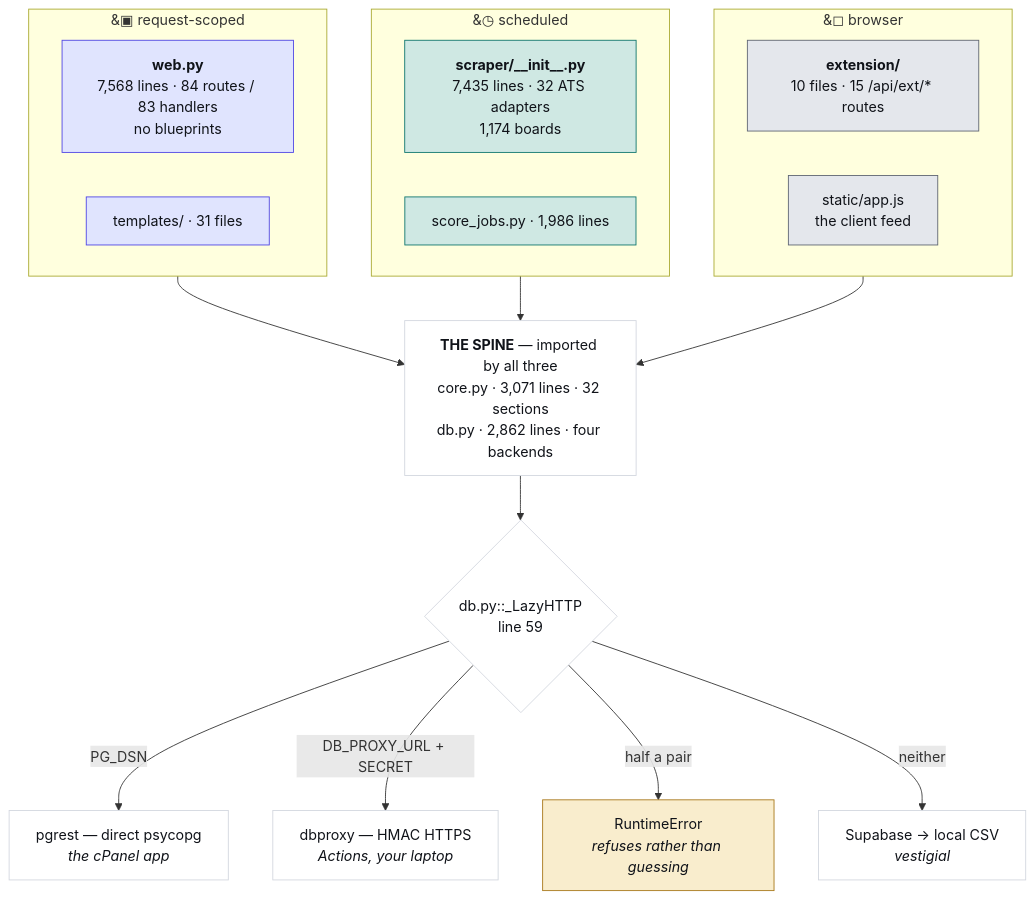
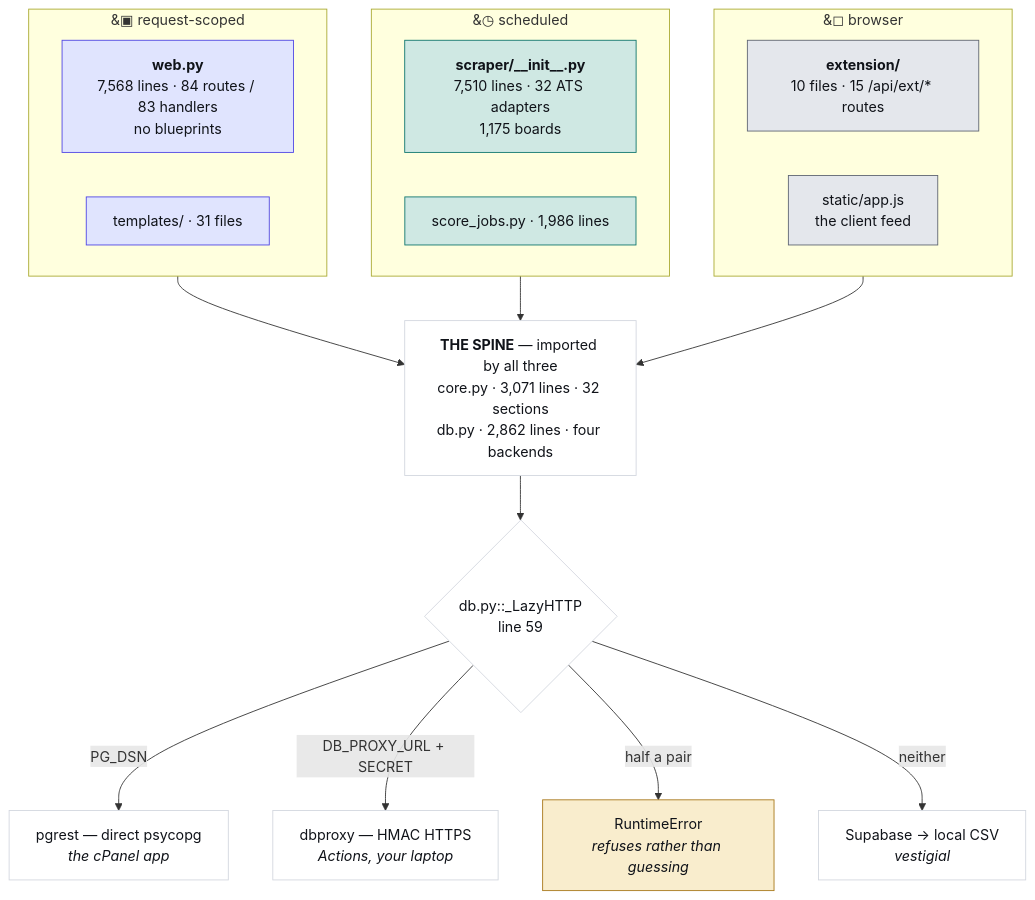
The first of 4 diagrams in JobMatch Scraper/docs/ARCHITECTURE.md (hadakunal909-debug/job-search-tool), drawn with Mermaid before and after one commit. The commit also changed other lines of this file and 6 other files, not shown here.

````diff
--- a/JobMatch Scraper/docs/ARCHITECTURE.md
+++ b/JobMatch Scraper/docs/ARCHITECTURE.md
@@ -45,34 +45,34 @@
 ```mermaid
 flowchart TB
   subgraph REQ["&#9635; request-scoped"]
     W["<b>web.py</b><br/>7,568 lines · 84 routes / 83 handlers<br/>no blueprints"]
     T["templates/ · 31 files"]
   end
   subgraph SCH["&#9719; scheduled"]
-    S["<b>scraper/__init__.py</b><br/>7,435 lines · 32 ATS adapters<br/>1,174 boards"]
+    S["<b>scraper/__init__.py</b><br/>7,510 lines · 32 ATS adapters<br/>1,175 boards"]
     J["score_jobs.py · 1,986 lines"]
   end
   subgraph CLI["&#9723; browser"]
     E["<b>extension/</b><br/>10 files · 15 /api/ext/* routes"]
     A["static/app.js<br/>the client feed"]
   end
   SPINE["<b>THE SPINE</b> — imported by all three<br/>core.py · 3,071 lines · 32 sections<br/>db.py · 2,862 lines · four backends"]
   REQ --> SPINE
   SCH --> SPINE
   CLI --> SPINE
   SPINE --> D{"db.py::_LazyHTTP<br/>line 59"}
   D -->|"PG_DSN"| P["pgrest — direct psycopg<br/><i>the cPanel app</i>"]
   D -->|"DB_PROXY_URL + SECRET"| X["dbproxy — HMAC HTTPS<br/><i>Actions, your laptop</i>"]
   D -->|"half a pair"| R["RuntimeError<br/><i>refuses rather than guessing</i>"]
   D -->|"neither"| V["Supabase → local CSV<br/><i>vestigial</i>"]
   classDef web fill:#e0e4fe,stroke:#4f46e5,color:#101319
   classDef sched fill:#cfe8e3,stroke:#0f766e,color:#101319
   classDef client fill:#e4e7ec,stroke:#5f6573,color:#101319
   classDef trap fill:#f9edcd,stroke:#a8781a,color:#101319
   classDef plain fill:#ffffff,stroke:#d3d7df,color:#101319
   class W,T web
   class S,J sched
   class E,A client
   class R trap
   class SPINE,D,P,X,V plain
 ```
````
